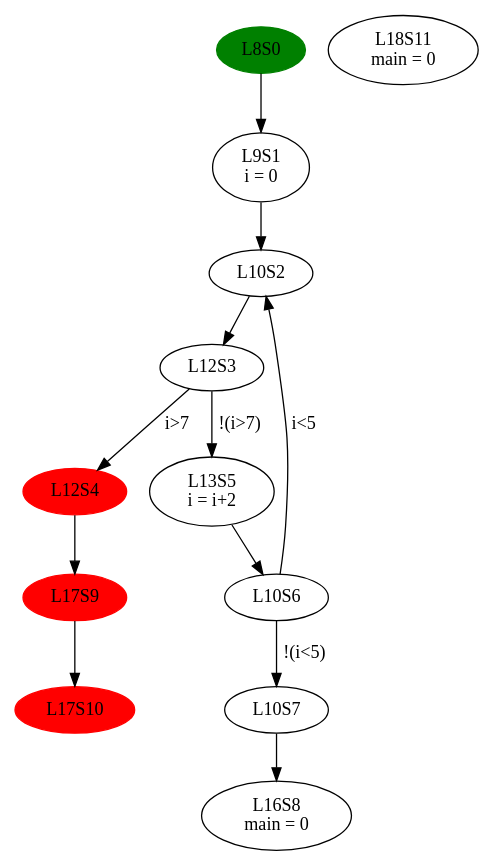
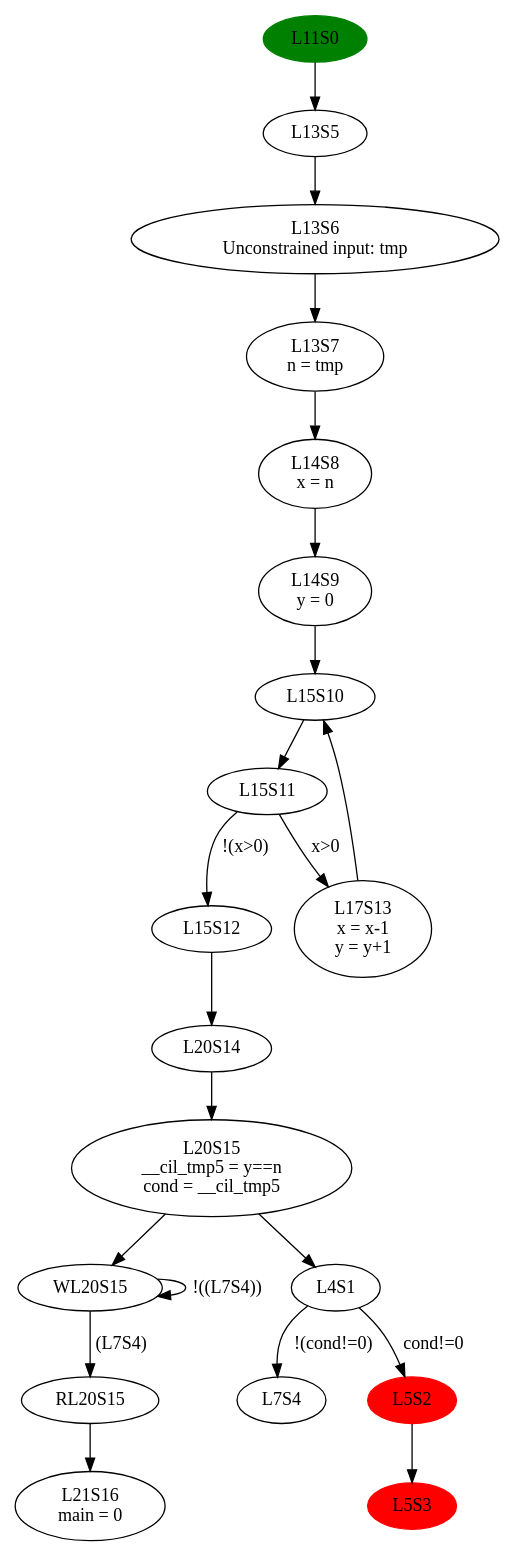
Before and after one commit to Zzephaniahh/SoLVe: the diagram in raw_CFG.gv, drawn with Graphviz. The commit also changed 15 other files, not shown here.

```diff
--- a/raw_CFG.gv
+++ b/raw_CFG.gv
@@ -1,50 +1,76 @@
 // raw_CFG
 digraph {
-	L8S0 -> L9S1 [label=""]
-	L8S0 [label=L8S0
+	L11S0 -> L13S5 [label=""]
+	L11S0 [label=L11S0
  color=green style=filled]
-	L8S0 [label=L8S0
+	L11S0 [label=L11S0
 ]
-	L9S1 -> L10S2 [label=""]
-	L9S1 [label="L9S1
-i = 0
+	L13S5 -> L13S6 [label=""]
+	L13S5 [label=L13S5
+]
+	L13S6 -> L13S7 [label=""]
+	L13S6 [label="L13S6
+Unconstrained input: tmp
 "]
-	L10S2 -> L12S3 [label=""]
-	L10S2 [label=L10S2
+	L13S7 -> L14S8 [label=""]
+	L13S7 [label="L13S7
+n = tmp
+"]
+	L14S8 -> L14S9 [label=""]
+	L14S8 [label="L14S8
+x = n
+"]
+	L14S9 -> L15S10 [label=""]
+	L14S9 [label="L14S9
+y = 0
+"]
+	L15S10 -> L15S11 [label=""]
+	L15S10 [label=L15S10
 ]
-	L12S3 -> L12S4 [label="i>7"]
-	L12S3 -> L13S5 [label="!(i>7)"]
-	L12S3 [label=L12S3
+	L15S11 -> L17S13 [label="x>0"]
+	L15S11 -> L15S12 [label="!(x>0)"]
+	L15S11 [label=L15S11
 ]
-	L12S4 -> L17S9 [label=""]
-	L12S4 [label=L12S4
- color=red style=filled]
-	L12S4 [label=L12S4
+	L17S13 -> L15S10 [label=""]
+	L17S13 [label="L17S13
+x = x-1
+y = y+1
+"]
+	L15S12 -> L20S14 [label=""]
+	L15S12 [label=L15S12
 ]
-	L13S5 -> L10S6 [label=""]
-	L13S5 [label="L13S5
-i = i+2
+	L20S14 -> L20S15 [label=""]
+	L20S14 [label=L20S14
+]
+	L20S15 -> WL20S15 [label=""]
+	L20S15 -> L4S1 [label=""]
+	L20S15 [label="L20S15
+__cil_tmp5 = y==n
+cond = __cil_tmp5
 "]
-	L17S9 -> L17S10 [label=""]
-	L17S9 [label=L17S9
- color=red style=filled]
-	L17S9 [label=L17S9
+	WL20S15 -> RL20S15 [label="(L7S4)"]
+	WL20S15 -> WL20S15 [label="!((L7S4))"]
+	WL20S15 [label=WL20S15
 ]
-	L10S6 -> L10S2 [label="i<5"]
-	L10S6 -> L10S7 [label="!(i<5)"]
-	L10S6 [label=L10S6
+	RL20S15 -> L21S16 [label=""]
+	RL20S15 [label=RL20S15
 ]
-	L10S7 -> L16S8 [label=""]
-	L10S7 [label=L10S7
-]
-	L16S8 [label="L16S8
+	L21S16 [label="L21S16
 main = 0
 "]
-	L17S10 [label=L17S10
+	L4S1 -> L5S2 [label="cond!=0"]
+	L4S1 -> L7S4 [label="!(cond!=0)"]
+	L4S1 [label=L4S1
+]
+	L5S2 -> L5S3 [label=""]
+	L5S2 [label=L5S2
  color=red style=filled]
-	L17S10 [label=L17S10
+	L5S2 [label=L5S2
 ]
-	L18S11 [label="L18S11
-main = 0
-"]
+	L7S4 [label=L7S4
+]
+	L5S3 [label=L5S3
+ color=red style=filled]
+	L5S3 [label=L5S3
+]
 }
```
